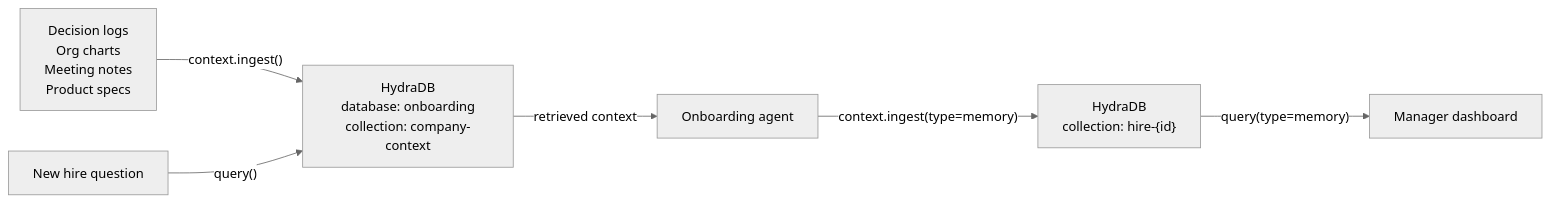
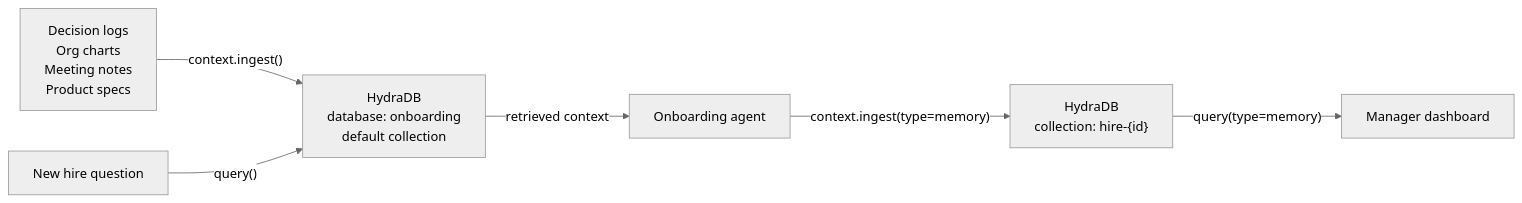
Before and after one commit to hydra-db/mintlify-docs: the diagram in cookbooks/v2/ai-onboarding-agent.mdx, drawn with Mermaid (neutral theme). The commit also changed other lines of this file and 12 other files, not shown here.

````diff
--- a/cookbooks/v2/ai-onboarding-agent.mdx
+++ b/cookbooks/v2/ai-onboarding-agent.mdx
@@ -29,8 +29,8 @@
 ```mermaid
 graph LR
-    A["Decision logs<br/>Org charts<br/>Meeting notes<br/>Product specs"] -->|"context.ingest()"| B["HydraDB<br/>database: onboarding<br/>collection: company-context"]
+    A["Decision logs<br/>Org charts<br/>Meeting notes<br/>Product specs"] -->|"context.ingest()"| B["HydraDB<br/>database: onboarding<br/>default collection"]
     C["New hire question"] -->|"query()"| B
     B -->|"retrieved context"| D["Onboarding agent"]
     D -->|"context.ingest(type=memory)"| E["HydraDB<br/>collection: hire-{id}"]
     E -->|"query(type=memory)"| F["Manager dashboard"]
 ```
````
